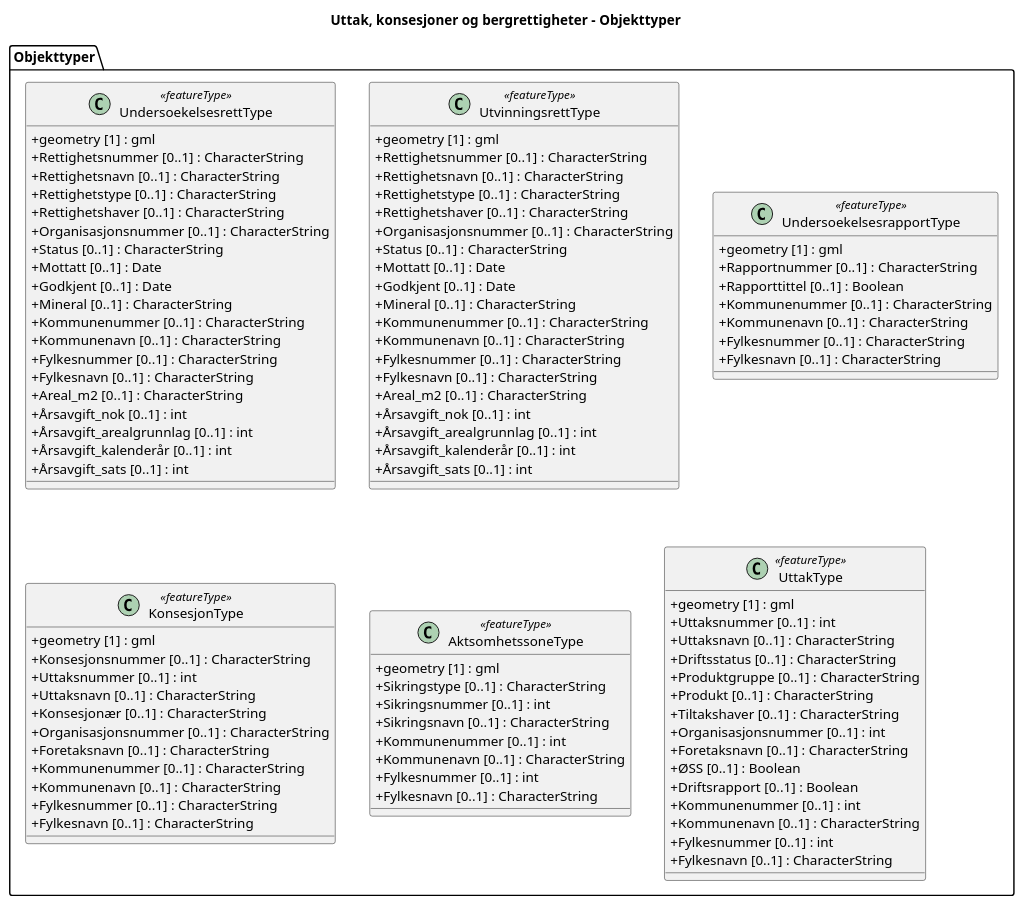
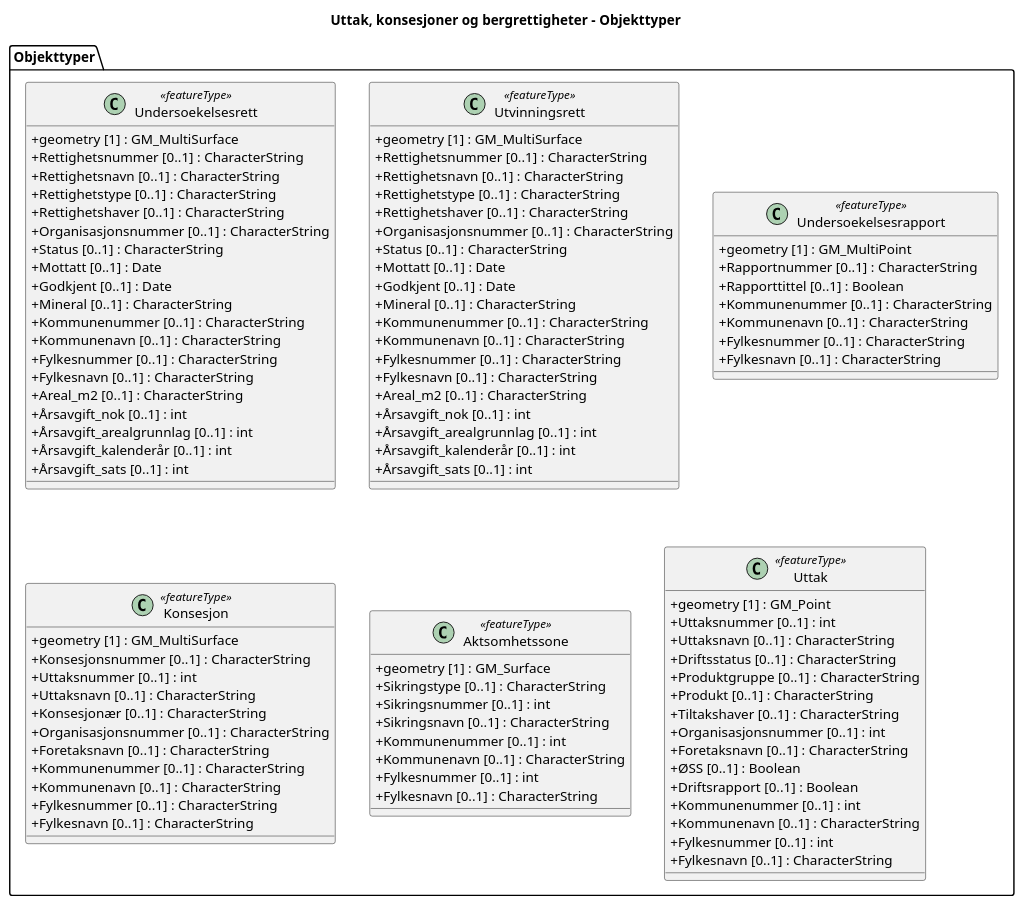
Before and after one commit to Arkitektum/produktspesifikasjon_dirmin: the diagram in produktspesifikasjon/uttak/uttak_feature_catalogue.puml, drawn with PlantUML. The commit also changed 4 other files, not shown here.

```diff
--- a/produktspesifikasjon/uttak/uttak_feature_catalogue.puml
+++ b/produktspesifikasjon/uttak/uttak_feature_catalogue.puml
@@ -1,108 +1,108 @@
 @startuml
 title Uttak, konsesjoner og bergrettigheter - Objekttyper
 
 skinparam class {
   AttributeIconSize 0
 }
 
 package "Objekttyper" {
 
-  class UndersoekelsesrettType <<featureType>> {
-    + geometry [1] : gml
+  class Undersoekelsesrett <<featureType>> {
+    + geometry [1] : GM_MultiSurface
     + Rettighetsnummer [0..1] : CharacterString
     + Rettighetsnavn [0..1] : CharacterString
     + Rettighetstype [0..1] : CharacterString
     + Rettighetshaver [0..1] : CharacterString
     + Organisasjonsnummer [0..1] : CharacterString
     + Status [0..1] : CharacterString
     + Mottatt [0..1] : Date
     + Godkjent [0..1] : Date
     + Mineral [0..1] : CharacterString
     + Kommunenummer [0..1] : CharacterString
     + Kommunenavn [0..1] : CharacterString
     + Fylkesnummer [0..1] : CharacterString
     + Fylkesnavn [0..1] : CharacterString
     + Areal_m2 [0..1] : CharacterString
     + Årsavgift_nok [0..1] : int
     + Årsavgift_arealgrunnlag [0..1] : int
     + Årsavgift_kalenderår [0..1] : int
     + Årsavgift_sats [0..1] : int
   }
 
-  class UtvinningsrettType <<featureType>> {
-    + geometry [1] : gml
+  class Utvinningsrett <<featureType>> {
+    + geometry [1] : GM_MultiSurface
     + Rettighetsnummer [0..1] : CharacterString
     + Rettighetsnavn [0..1] : CharacterString
     + Rettighetstype [0..1] : CharacterString
     + Rettighetshaver [0..1] : CharacterString
     + Organisasjonsnummer [0..1] : CharacterString
     + Status [0..1] : CharacterString
     + Mottatt [0..1] : Date
     + Godkjent [0..1] : Date
     + Mineral [0..1] : CharacterString
     + Kommunenummer [0..1] : CharacterString
     + Kommunenavn [0..1] : CharacterString
     + Fylkesnummer [0..1] : CharacterString
     + Fylkesnavn [0..1] : CharacterString
     + Areal_m2 [0..1] : CharacterString
     + Årsavgift_nok [0..1] : int
     + Årsavgift_arealgrunnlag [0..1] : int
     + Årsavgift_kalenderår [0..1] : int
     + Årsavgift_sats [0..1] : int
   }
 
-  class UndersoekelsesrapportType <<featureType>> {
-    + geometry [1] : gml
+  class Undersoekelsesrapport <<featureType>> {
+    + geometry [1] : GM_MultiPoint
     + Rapportnummer [0..1] : CharacterString
     + Rapporttittel [0..1] : Boolean
     + Kommunenummer [0..1] : CharacterString
     + Kommunenavn [0..1] : CharacterString
     + Fylkesnummer [0..1] : CharacterString
     + Fylkesnavn [0..1] : CharacterString
   }
 
-  class KonsesjonType <<featureType>> {
-    + geometry [1] : gml
+  class Konsesjon <<featureType>> {
+    + geometry [1] : GM_MultiSurface
     + Konsesjonsnummer [0..1] : CharacterString
     + Uttaksnummer [0..1] : int
     + Uttaksnavn [0..1] : CharacterString
     + Konsesjonær [0..1] : CharacterString
     + Organisasjonsnummer [0..1] : CharacterString
     + Foretaksnavn [0..1] : CharacterString
     + Kommunenummer [0..1] : CharacterString
     + Kommunenavn [0..1] : CharacterString
     + Fylkesnummer [0..1] : CharacterString
     + Fylkesnavn [0..1] : CharacterString
   }
 
-  class AktsomhetssoneType <<featureType>> {
-    + geometry [1] : gml
+  class Aktsomhetssone <<featureType>> {
+    + geometry [1] : GM_Surface
     + Sikringstype [0..1] : CharacterString
     + Sikringsnummer [0..1] : int
     + Sikringsnavn [0..1] : CharacterString
     + Kommunenummer [0..1] : int
     + Kommunenavn [0..1] : CharacterString
     + Fylkesnummer [0..1] : int
     + Fylkesnavn [0..1] : CharacterString
   }
 
-  class UttakType <<featureType>> {
-    + geometry [1] : gml
+  class Uttak <<featureType>> {
+    + geometry [1] : GM_Point
     + Uttaksnummer [0..1] : int
     + Uttaksnavn [0..1] : CharacterString
     + Driftsstatus [0..1] : CharacterString
     + Produktgruppe [0..1] : CharacterString
     + Produkt [0..1] : CharacterString
     + Tiltakshaver [0..1] : CharacterString
     + Organisasjonsnummer [0..1] : int
     + Foretaksnavn [0..1] : CharacterString
     + ØSS [0..1] : Boolean
     + Driftsrapport [0..1] : Boolean
     + Kommunenummer [0..1] : int
     + Kommunenavn [0..1] : CharacterString
     + Fylkesnummer [0..1] : int
     + Fylkesnavn [0..1] : CharacterString
   }
 }
 
 @enduml
```
